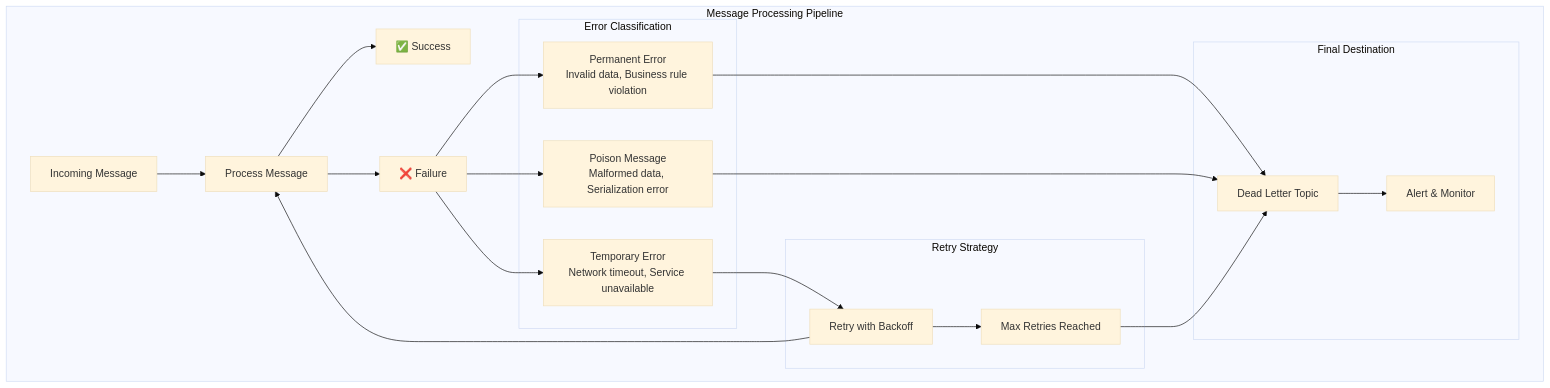
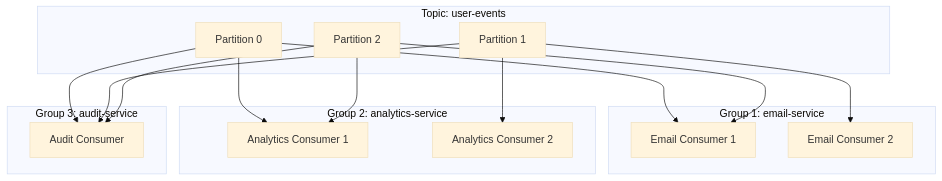
One commit to vorrawut/KafkaStarter changed the third of 3 diagrams in class/modules/lesson_8/concept.md. Above: the diagram before and after it, drawn with Mermaid (base theme). The commit also changed other lines of this file and 204 other files, not shown here.

````diff
--- a/class/modules/lesson_8/concept.md
+++ b/class/modules/lesson_8/concept.md
@@ -32,43 +289,34 @@
 ```mermaid
 graph TB
-    subgraph "Message Processing Pipeline"
-        MSG[Incoming Message]
-        PROC[Process Message]
-        SUCCESS[✅ Success]
-        FAIL[❌ Failure]
-        
-        subgraph "Error Classification"
-            TEMP[Temporary Error<br/>Network timeout, Service unavailable]
-            PERM[Permanent Error<br/>Invalid data, Business rule violation]
-            POISON[Poison Message<br/>Malformed data, Serialization error]
-        end
-        
-        subgraph "Retry Strategy"
-            RETRY[Retry with Backoff]
-            MAX[Max Retries Reached]
-        end
-        
-        subgraph "Final Destination"
-            DLT[Dead Letter Topic]
-            ALERT[Alert & Monitor]
-        end
+    subgraph "Topic: user-events"
+        P0[Partition 0]
+        P1[Partition 1]
+        P2[Partition 2]
     end
     
-    MSG --> PROC
-    PROC --> SUCCESS
-    PROC --> FAIL
+    subgraph "Group 1: email-service"
+        E1[Email Consumer 1]
+        E2[Email Consumer 2]
+    end
     
-    FAIL --> TEMP
-    FAIL --> PERM
-    FAIL --> POISON
+    subgraph "Group 2: analytics-service"
+        A1[Analytics Consumer 1]
+        A2[Analytics Consumer 2]
+    end
     
-    TEMP --> RETRY
-    RETRY --> PROC
-    RETRY --> MAX
+    subgraph "Group 3: audit-service"
+        AU1[Audit Consumer]
+    end
     
-    PERM --> DLT
-    POISON --> DLT
-    MAX --> DLT
+    P0 --> E1
+    P1 --> E2
+    P2 --> E1
     
-    DLT --> ALERT
+    P0 --> A1
+    P1 --> A2
+    P2 --> A1
+    
+    P0 --> AU1
+    P1 --> AU1
+    P2 --> AU1
 ```
````
